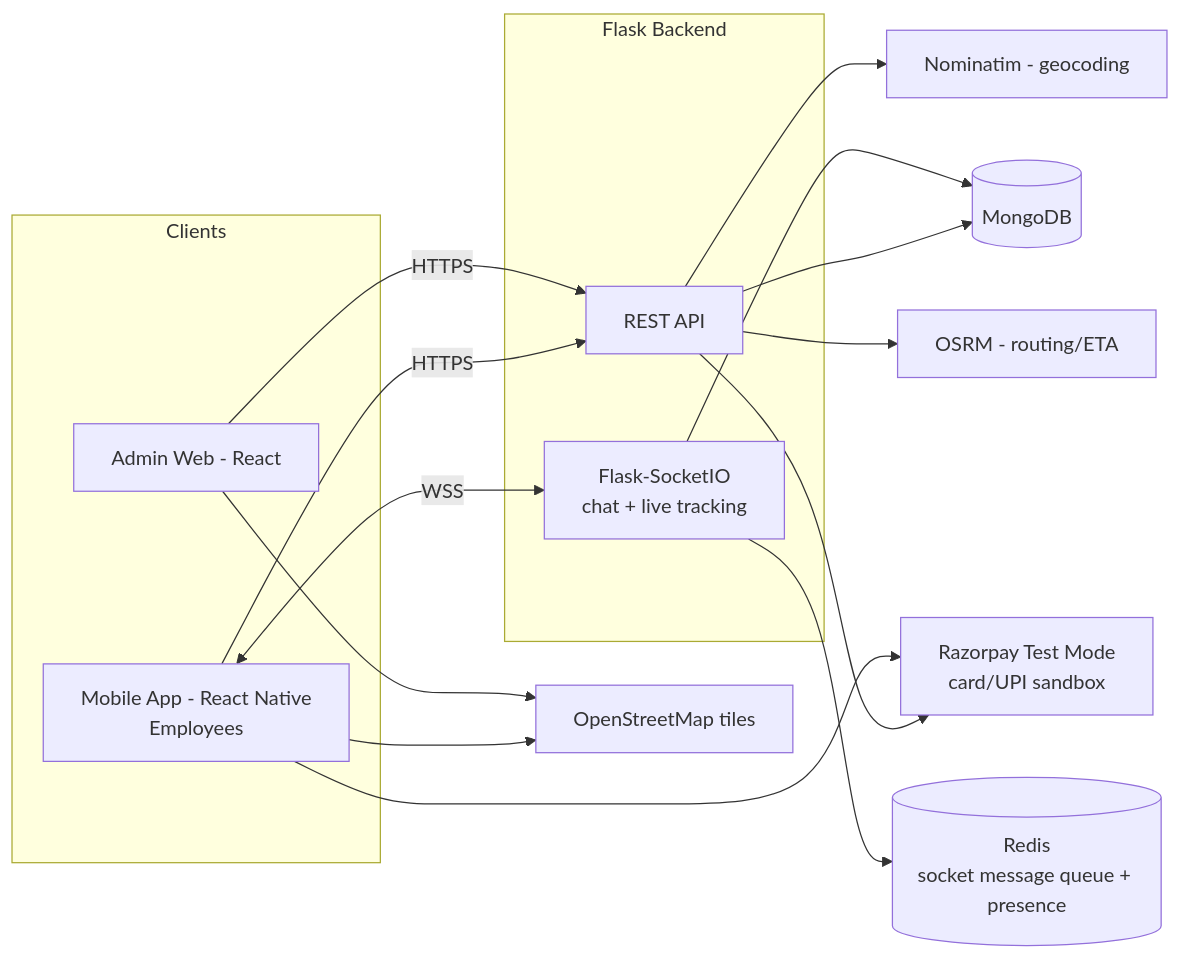
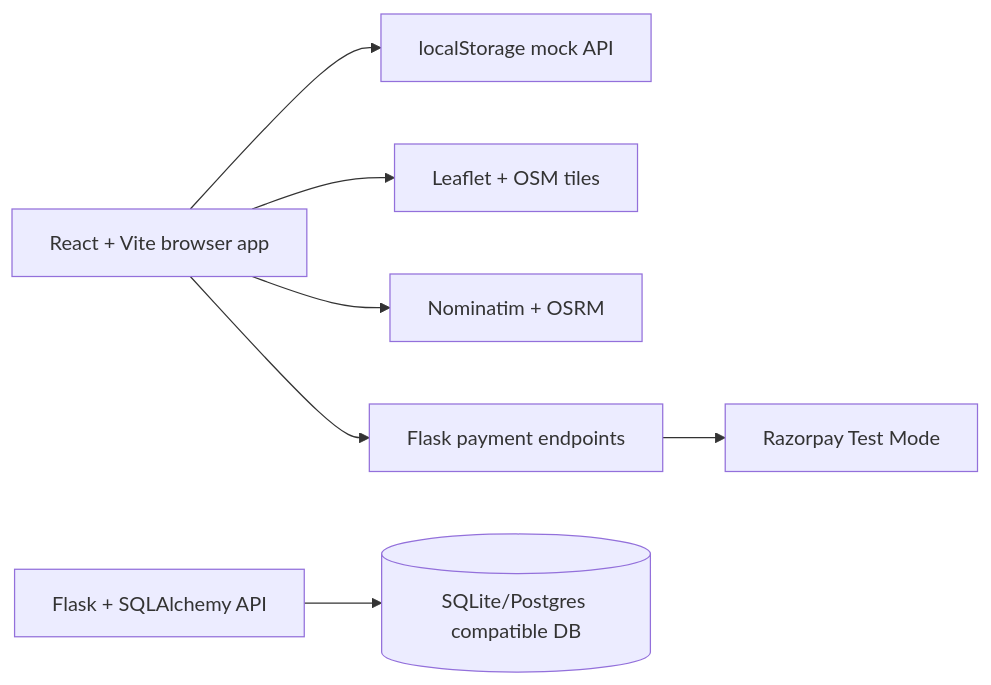
One commit to RDC28/odoo-hackathon changed the diagram in docs/architecture.md. Above: the diagram before and after it, drawn with Mermaid. The commit also changed other lines of this file and 82 other files, not shown here.

````diff
--- a/docs/architecture.md
+++ b/docs/architecture.md
@@ -27,34 +5,9 @@
 ```mermaid
 flowchart LR
-    subgraph Clients
-        MA[Mobile App - React Native<br/>Employees]
-        AW[Admin Web - React]
-    end
-
-    subgraph Server[Flask Backend]
-        REST[REST API]
-        WS[Flask-SocketIO<br/>chat + live tracking]
-    end
-
-    Mongo[(MongoDB)]
-    Redis[(Redis<br/>socket message queue + presence)]
-    OSM[OpenStreetMap tiles]
-    Nominatim[Nominatim - geocoding]
-    OSRM[OSRM - routing/ETA]
-    RZP[Razorpay Test Mode<br/>card/UPI sandbox]
-
-    MA -- HTTPS --> REST
-    MA <-- WSS --> WS
-    AW -- HTTPS --> REST
-
-    REST --> Mongo
-    WS --> Mongo
-    WS --> Redis
-
-    MA --> OSM
-    AW --> OSM
-    REST --> Nominatim
-    REST --> OSRM
-    REST --> RZP
-    MA --> RZP
+  Browser[React + Vite browser app] --> Mock[localStorage mock API]
+  Browser --> Maps[Leaflet + OSM tiles]
+  Browser --> Geo[Nominatim + OSRM]
+  Browser --> Razor[Flask payment endpoints]
+  Razor --> RZP[Razorpay Test Mode]
+  Backend[Flask + SQLAlchemy API] --> SQL[(SQLite/Postgres compatible DB)]
 ```
````
